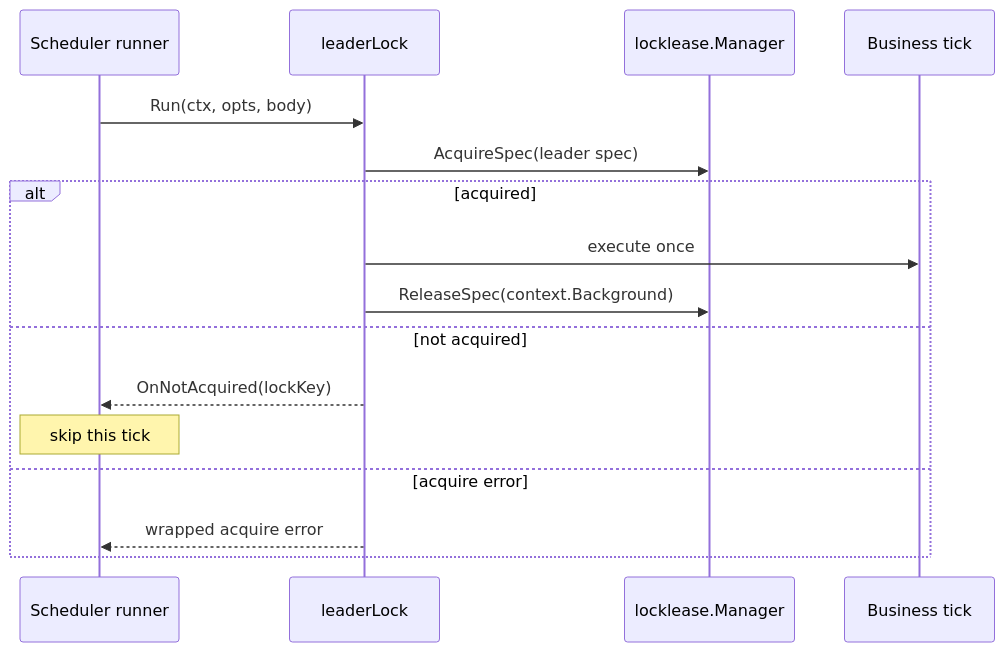
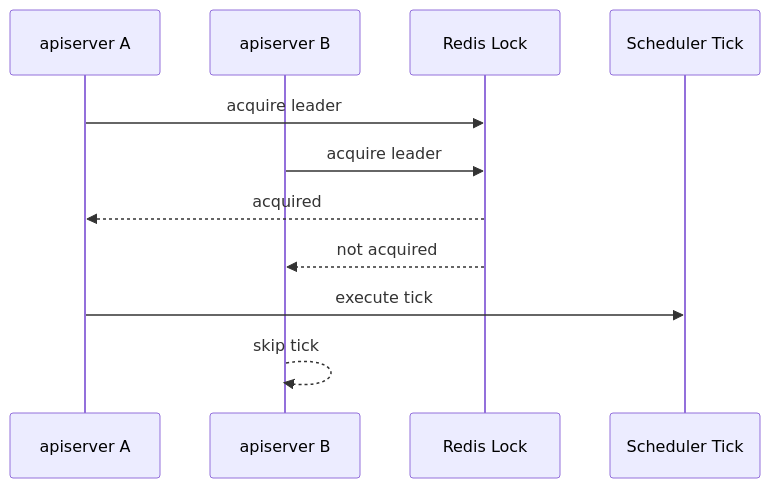
Before and after one commit to FangcunMount/qs-server: the third of 4 diagrams in docs/03-基础设施/redis/06-Redis分布式锁层.md, drawn with Mermaid. The commit also changed other lines of this file and 10 other files, not shown here.

````diff
--- a/docs/03-基础设施/redis/06-Redis分布式锁层.md
+++ b/docs/03-基础设施/redis/06-Redis分布式锁层.md
@@ -41,19 +295,14 @@
 ```mermaid
 sequenceDiagram
-    participant S as Scheduler runner
-    participant L as leaderLock
-    participant M as locklease.Manager
-    participant Body as Business tick
+    participant A as apiserver A
+    participant B as apiserver B
+    participant Lock as Redis Lock
+    participant Job as Scheduler Tick
 
-    S->>L: Run(ctx, opts, body)
-    L->>M: AcquireSpec(leader spec)
-    alt acquired
-        L->>Body: execute once
-        L->>M: ReleaseSpec(context.Background)
-    else not acquired
-        L-->>S: OnNotAcquired(lockKey)
-        Note over S: skip this tick
-    else acquire error
-        L-->>S: wrapped acquire error
-    end
+    A->>Lock: acquire leader
+    B->>Lock: acquire leader
+    Lock-->>A: acquired
+    Lock-->>B: not acquired
+    A->>Job: execute tick
+    B-->>B: skip tick
 ```
````
